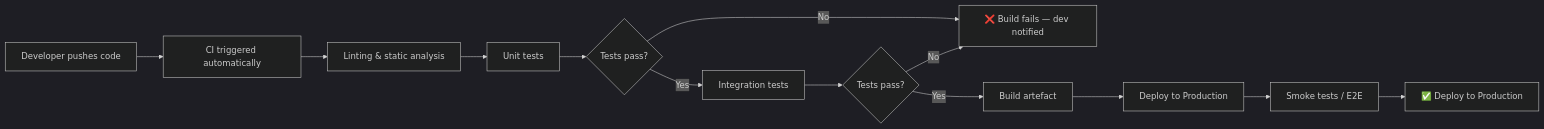
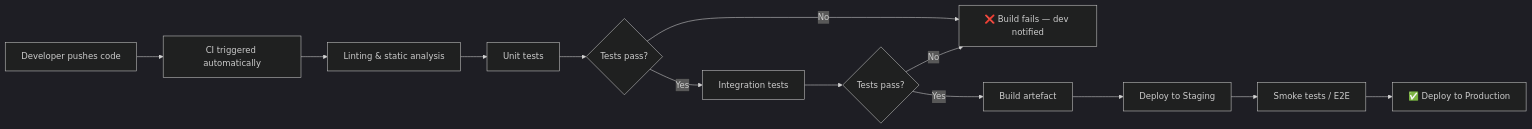
The diagram in handbook/ci-cd.md (AntoninMiranda/Handbook), drawn with Mermaid (dark theme) before and after one commit.

Commit message:
docs(ci-cd): update deployment flow in CI/CD chart to reflect staging deployment

````diff
--- a/handbook/ci-cd.md
+++ b/handbook/ci-cd.md
@@ -20,15 +20,15 @@
 ```mermaid
 flowchart LR
     A[Developer pushes code] --> B[CI triggered automatically]
     B --> C[Linting & static analysis]
     C --> D[Unit tests]
     D --> E{Tests pass?}
     E -- No --> F[❌ Build fails — dev notified]
     E -- Yes --> G[Integration tests]
     G --> H{Tests pass?}
     H -- No --> F
     H -- Yes --> I[Build artefact]
-    I --> J[Deploy to Production]
+    I --> J[Deploy to Staging]
     J --> K[Smoke tests / E2E]
     K --> L[✅ Deploy to Production]
 ```
````
